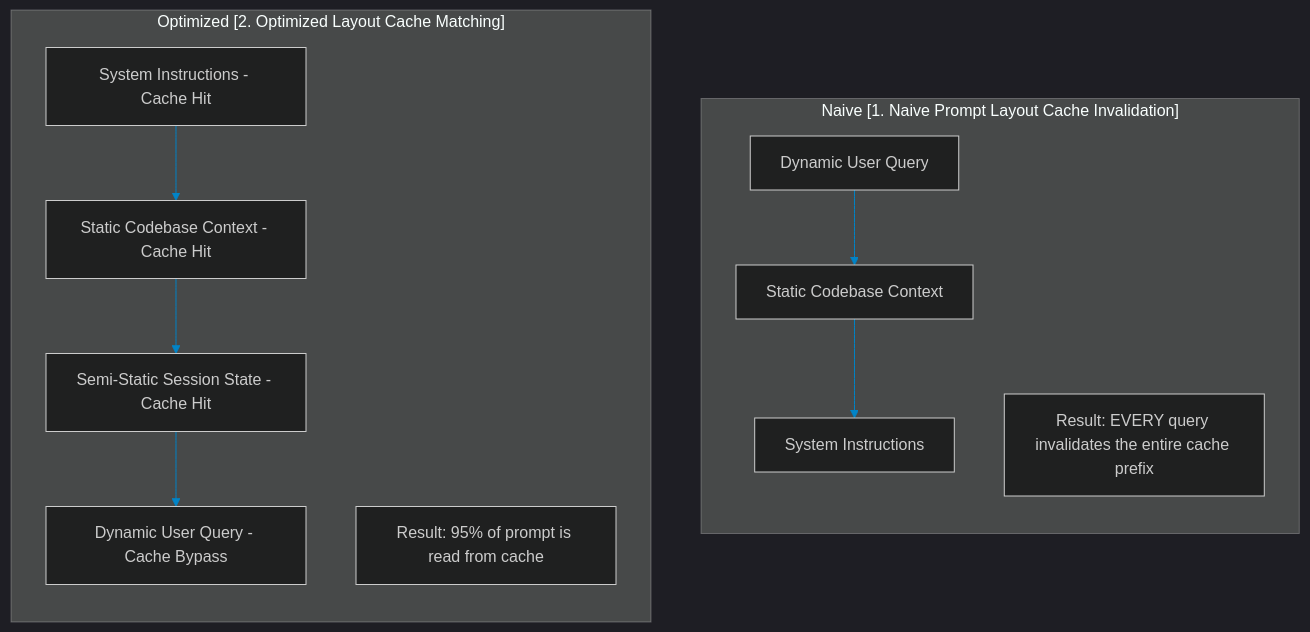
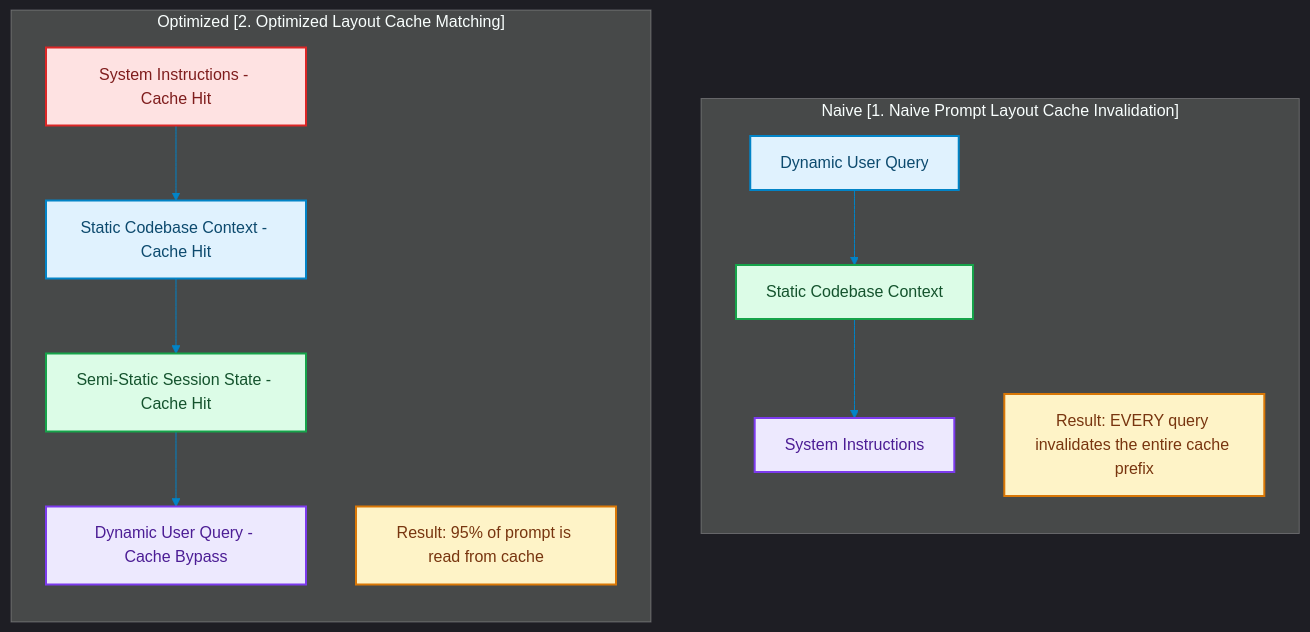
One commit to akmalkhaniub/akmalkhaniub.github.io changed the diagram in blog/posts/context-cache-architecture-gemini-claude.md. Above: the diagram before and after it, drawn with Mermaid. The commit also changed other lines of this file and 1291 other files, not shown here.

First line of the commit message:
feat(catalog): unique covers, scholarly references, and diagram palettes

````diff
--- a/blog/posts/context-cache-architecture-gemini-claude.md
+++ b/blog/posts/context-cache-architecture-gemini-claude.md
@@ -15,18 +15,29 @@
 ```mermaid
 %%{init: {'theme': 'dark', 'themeVariables': { 'primaryColor': '#0284c7', 'primaryTextColor': '#f3f4f6', 'primaryBorderColor': '#38bdf8', 'lineColor': '#0284c7', 'secondaryColor': '#111827', 'tertiaryColor': '#0b0f19'}}}%%
 flowchart TD
     subgraph SG1_Naive1Naive ["Naive [1. Naive Prompt Layout Cache Invalidation]"]
         direction TB
-        N1[Dynamic User Query] --> N2[Static Codebase Context]
-        N2 --> N3[System Instructions]
-        note1[Result: EVERY query invalidates the entire cache prefix]
+        N1["Dynamic User Query"] --> N2["Static Codebase Context"]
+        N2 --> N3["System Instructions"]
+        note1["Result: EVERY query invalidates the entire cache prefix"]
     end
 
     subgraph SG2_Optimized2Optimized ["Optimized [2. Optimized Layout Cache Matching]"]
         direction TB
-        O1[System Instructions - Cache Hit] --> O2[Static Codebase Context - Cache Hit]
-        O2 --> O3[Semi-Static Session State - Cache Hit]
-        O3 --> O4[Dynamic User Query - Cache Bypass]
-        note2[Result: 95% of prompt is read from cache]
+        O1["System Instructions - Cache Hit"] --> O2["Static Codebase Context - Cache Hit"]
+        O2 --> O3["Semi-Static Session State - Cache Hit"]
+        O3 --> O4["Dynamic User Query - Cache Bypass"]
+        note2["Result: 95% of prompt is read from cache"]
     end
+
+classDef green fill:#dcfce7,stroke:#16a34a,stroke-width:2px,color:#14532d;
+classDef red fill:#fee2e2,stroke:#dc2626,stroke-width:2px,color:#7f1d1d;
+classDef blue fill:#e0f2fe,stroke:#0284c7,stroke-width:2px,color:#0c4a6e;
+classDef yellow fill:#fef3c7,stroke:#d97706,stroke-width:2px,color:#78350f;
+classDef purple fill:#ede9fe,stroke:#7c3aed,stroke-width:2px,color:#4c1d95;
+class N1,O2 blue
+class N2,O3 green
+class N3,O4 purple
+class note1,note2 yellow
+class O1 red
 ```
````
